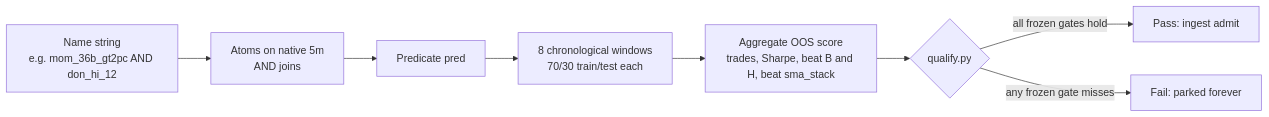
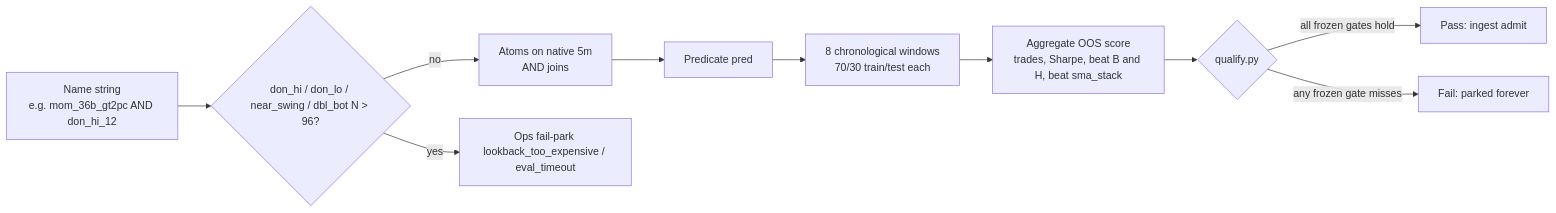
The second of 3 diagrams in docs/WORKFLOW.md (Runemark7/paper-trading-bot), drawn with Mermaid before and after one commit. The commit also changed other lines of this file and 10 other files, not shown here.

First line of the commit message:
feat(discovery): fail-park expensive lookbacks and hung evals (#57)

````diff
--- a/docs/WORKFLOW.md
+++ b/docs/WORKFLOW.md
@@ -97,15 +104,19 @@
 ```mermaid
 flowchart LR
   name["Name string\ne.g. mom_36b_gt2pc AND don_hi_12"]
+  cap{"don_hi / don_lo / near_swing / dbl_bot N > 96?"}
   atoms["Atoms on native 5m\nAND joins"]
   pred["Predicate pred"]
   windows["8 chronological windows\n70/30 train/test each"]
   score["Aggregate OOS score\ntrades, Sharpe, beat B and H, beat sma_stack"]
   decision{"qualify.py"}
   passNode["Pass: ingest admit"]
   failNode["Fail: parked forever"]
+  opsPark["Ops fail-park lookback_too_expensive / eval_timeout"]
 
-  name --> atoms --> pred --> windows --> score --> decision
+  name --> cap
+  cap -->|yes| opsPark
+  cap -->|no| atoms --> pred --> windows --> score --> decision
   decision -->|"all frozen gates hold"| passNode
   decision -->|"any frozen gate misses"| failNode
 ```
````
